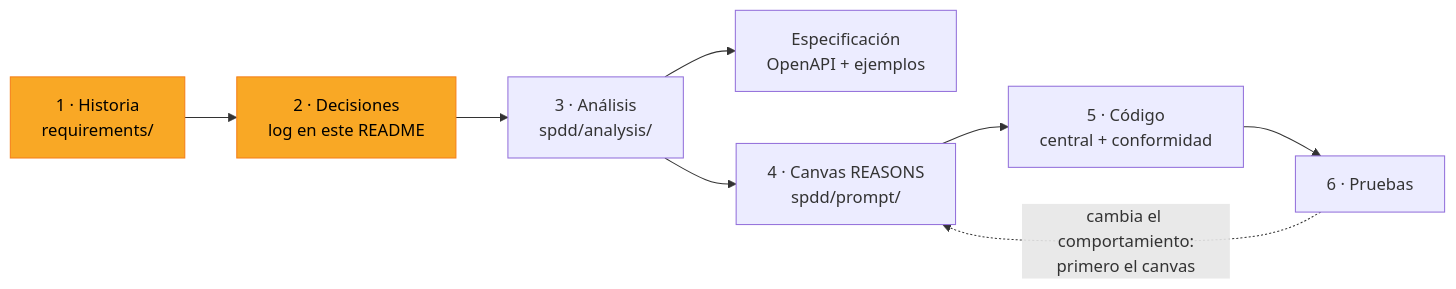
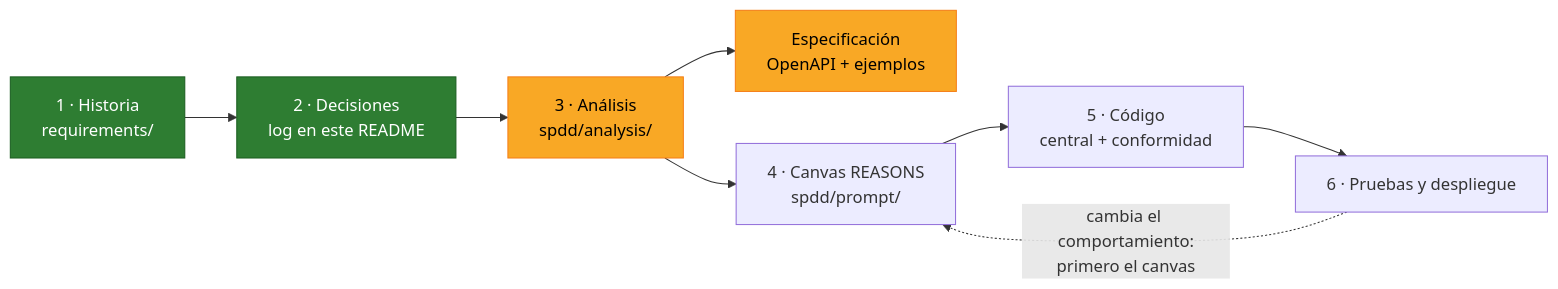
The first of 2 diagrams in README.md (javierchacon262/central-server-dsp), drawn with Mermaid before and after one commit. The commit also changed other lines of this file and 2 other files, not shown here.

````diff
--- a/README.md
+++ b/README.md
@@ -22,13 +22,14 @@
 ```mermaid
 flowchart LR
     H["1 · Historia<br/>requirements/"] --> C["2 · Decisiones<br/>log en este README"]
     C --> AN["3 · Análisis<br/>spdd/analysis/"]
     AN --> ES["Especificación<br/>OpenAPI + ejemplos"]
     AN --> CV["4 · Canvas REASONS<br/>spdd/prompt/"]
     CV --> G["5 · Código<br/>central + conformidad"]
-    G --> T["6 · Pruebas"]
+    G --> T["6 · Pruebas y despliegue"]
     T -.->|"cambia el comportamiento:<br/>primero el canvas"| CV
+    classDef hecho fill:#2e7d32,stroke:#1b5e20,color:#ffffff
     classDef actual fill:#f9a825,stroke:#f57f17,color:#000000
-    class H actual
-    class C actual
+    class H,C hecho
+    class AN,ES actual
 ```
````
